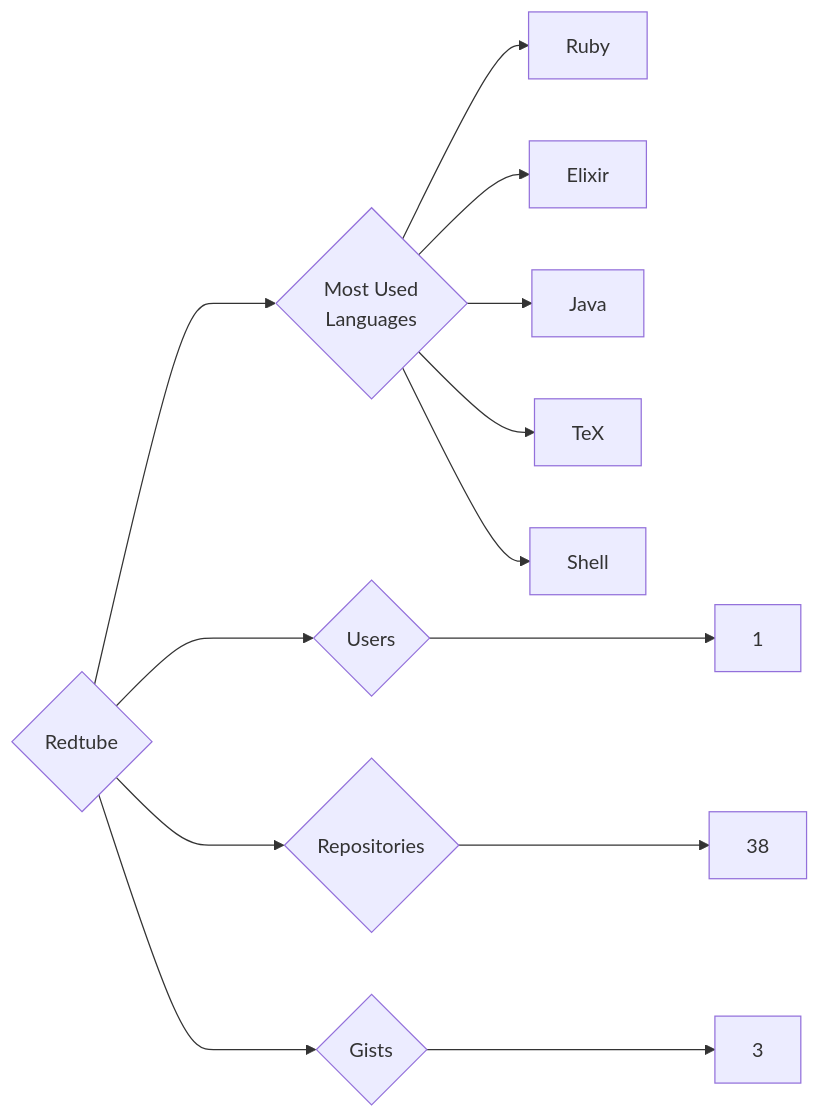
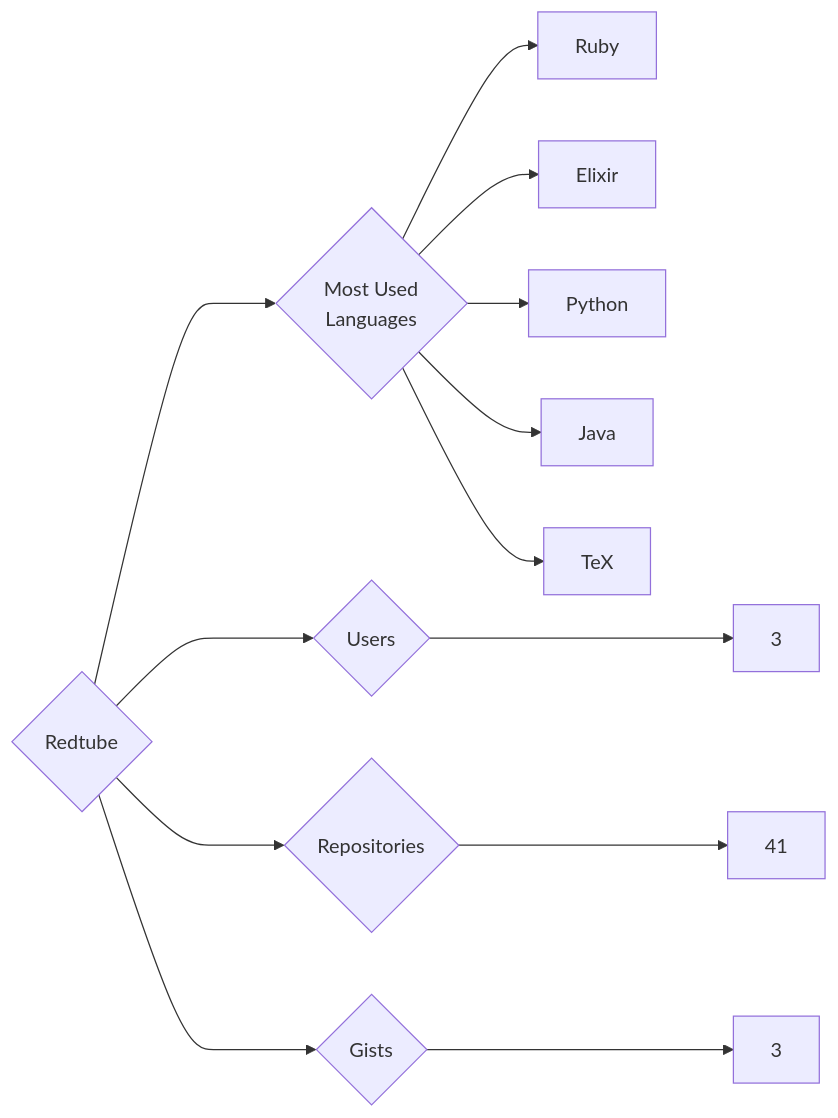
The diagram in targets/Redtube/README.md (trickest/insiders), drawn with Mermaid before and after one commit. The commit also changed 770 other files, not shown here.

````diff
--- a/targets/Redtube/README.md
+++ b/targets/Redtube/README.md
@@ -3,13 +3,13 @@
 ```mermaid
 graph LR
 COMPANY_NAME{Redtube}
-COMPANY_NAME ---> U{Users} ---> UN[1]
-COMPANY_NAME ---> R{Repositories} ---> RN[38]
+COMPANY_NAME ---> U{Users} ---> UN[3]
+COMPANY_NAME ---> R{Repositories} ---> RN[41]
 COMPANY_NAME ---> G{Gists} ---> GN[3]
 COMPANY_NAME ---> ML{Most Used<br>Languages}
 ML --> Ruby[Ruby]
 ML --> Elixir[Elixir]
+ML --> Python[Python]
 ML --> Java[Java]
 ML --> TeX[TeX]
-ML --> Shell[Shell]
 ```
````
